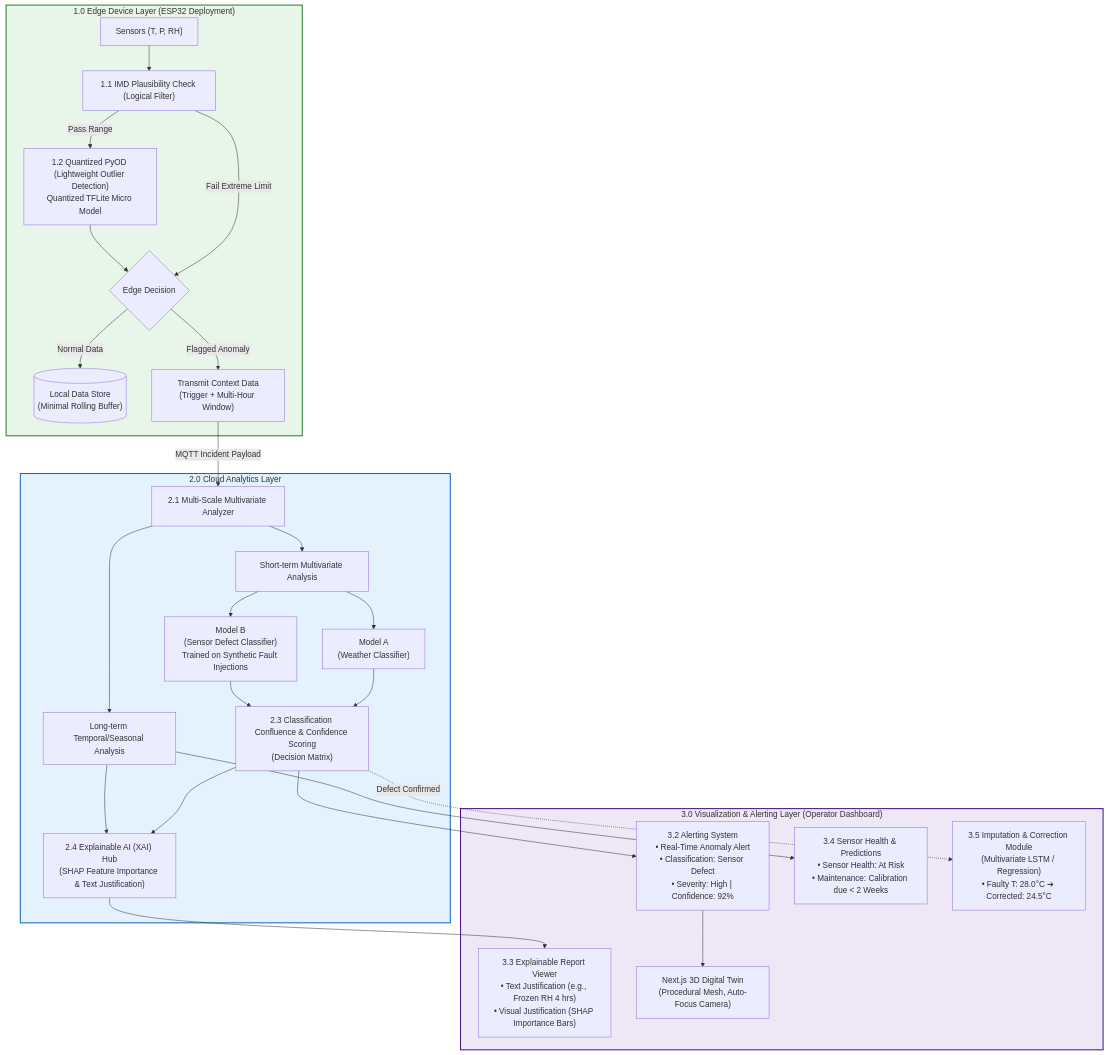
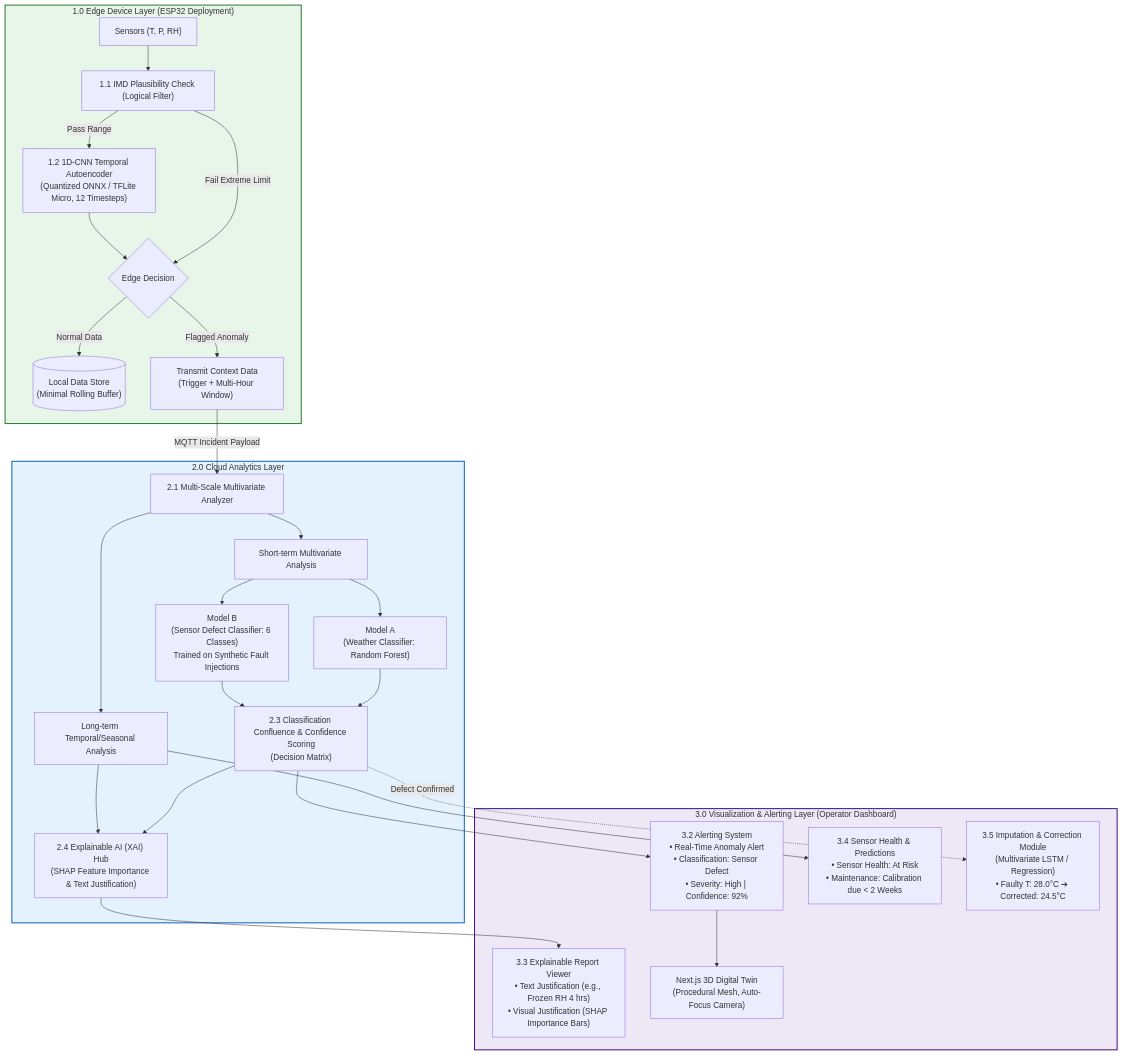
The first of 4 diagrams in System Architechture.md (HST04/SkyGuard_SIH), drawn with Mermaid before and after one commit. The commit also changed other lines of this file and 64 other files, not shown here.

````diff
--- a/System Architechture.md
+++ b/System Architechture.md
@@ -54,38 +55,38 @@
 ```mermaid
 flowchart TD
     subgraph L1["1.0 Edge Device Layer (ESP32 Deployment)"]
         SENS["Sensors (T, P, RH)"] --> R11["1.1 IMD Plausibility Check (Logical Filter)"]
-        R11 -->|Pass Range| ML12["1.2 Quantized PyOD (Lightweight Outlier Detection)<br/>Quantized TFLite Micro Model"]
+        R11 -->|Pass Range| ML12["1.2 1D-CNN Temporal Autoencoder<br/>(Quantized ONNX / TFLite Micro, 12 Timesteps)"]
         R11 -->|Fail Extreme Limit| ED13{"Edge Decision"}
         ML12 --> ED13
         ED13 -->|Normal Data| STORE13[("Local Data Store<br/>(Minimal Rolling Buffer)")]
         ED13 -->|Flagged Anomaly| TX13["Transmit Context Data<br/>(Trigger + Multi-Hour Window)"]
     end
 
     subgraph L2["2.0 Cloud Analytics Layer"]
         TX13 -->|MQTT Incident Payload| AN21["2.1 Multi-Scale Multivariate Analyzer"]
         AN21 --> ST21["Short-term Multivariate Analysis"]
         AN21 --> LT21["Long-term Temporal/Seasonal Analysis"]
         
-        ST21 --> MODA["Model A<br/>(Weather Classifier)"]
-        ST21 --> MODB["Model B<br/>(Sensor Defect Classifier)<br/>Trained on Synthetic Fault Injections"]
+        ST21 --> MODA["Model A<br/>(Weather Classifier: Random Forest)"]
+        ST21 --> MODB["Model B<br/>(Sensor Defect Classifier: 6 Classes)<br/>Trained on Synthetic Fault Injections"]
         
         MODA --> CONF23["2.3 Classification Confluence & Confidence Scoring<br/>(Decision Matrix)"]
         MODB --> CONF23
         
         CONF23 --> XAI24["2.4 Explainable AI (XAI) Hub<br/>(SHAP Feature Importance & Text Justification)"]
         LT21 --> XAI24
     end
 
     subgraph L3["3.0 Visualization & Alerting Layer (Operator Dashboard)"]
         CONF23 --> ALERT32["3.2 Alerting System<br/>• Real-Time Anomaly Alert<br/>• Classification: Sensor Defect<br/>• Severity: High | Confidence: 92%"]
         XAI24 --> REP33["3.3 Explainable Report Viewer<br/>• Text Justification (e.g., Frozen RH 4 hrs)<br/>• Visual Justification (SHAP Importance Bars)"]
         LT21 --> PRED34["3.4 Sensor Health & Predictions<br/>• Sensor Health: At Risk<br/>• Maintenance: Calibration due < 2 Weeks"]
         CONF23 -.->|Defect Confirmed| IMP35["3.5 Imputation & Correction Module<br/>(Multivariate LSTM / Regression)<br/>• Faulty T: 28.0°C ➔ Corrected: 24.5°C"]
         ALERT32 --> TWIN["Next.js 3D Digital Twin<br/>(Procedural Mesh, Auto-Focus Camera)"]
     end
 
     style L1 fill:#e8f5e9,stroke:#2e7d32,stroke-width:2px
     style L2 fill:#e3f2fd,stroke:#1565c0,stroke-width:2px
     style L3 fill:#ede7f6,stroke:#4a148c,stroke-width:2px
 ```
````
